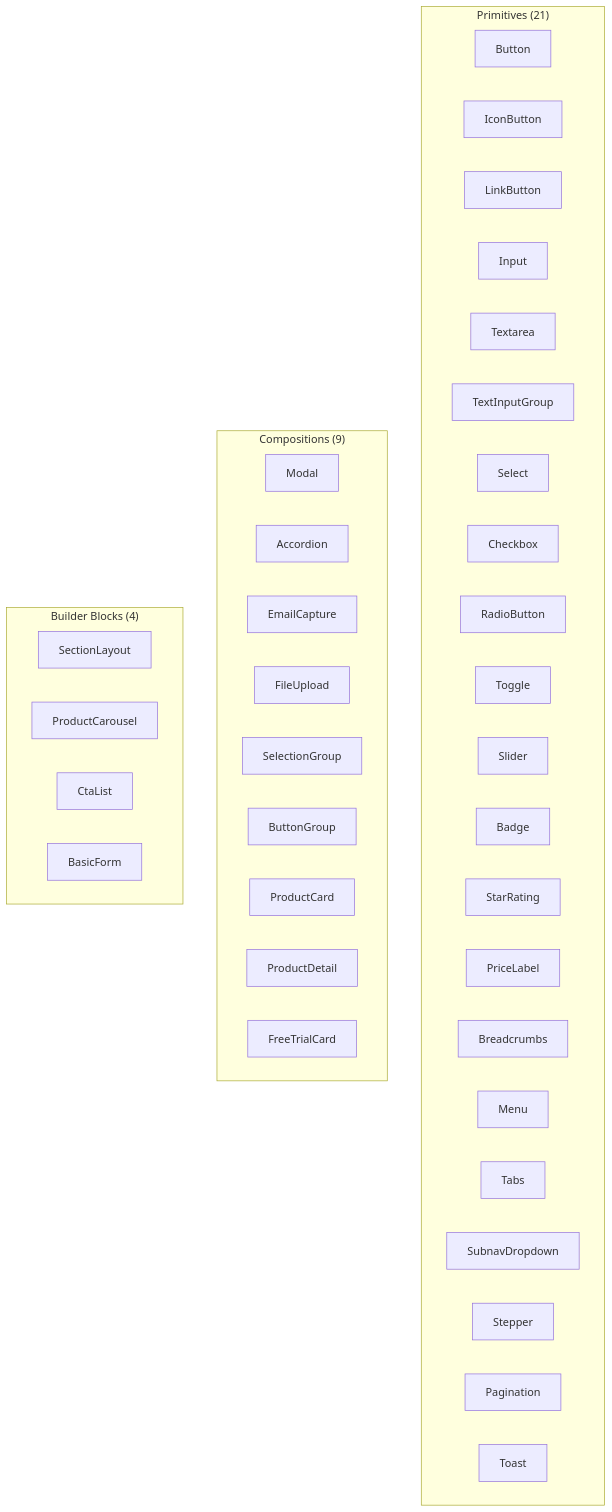
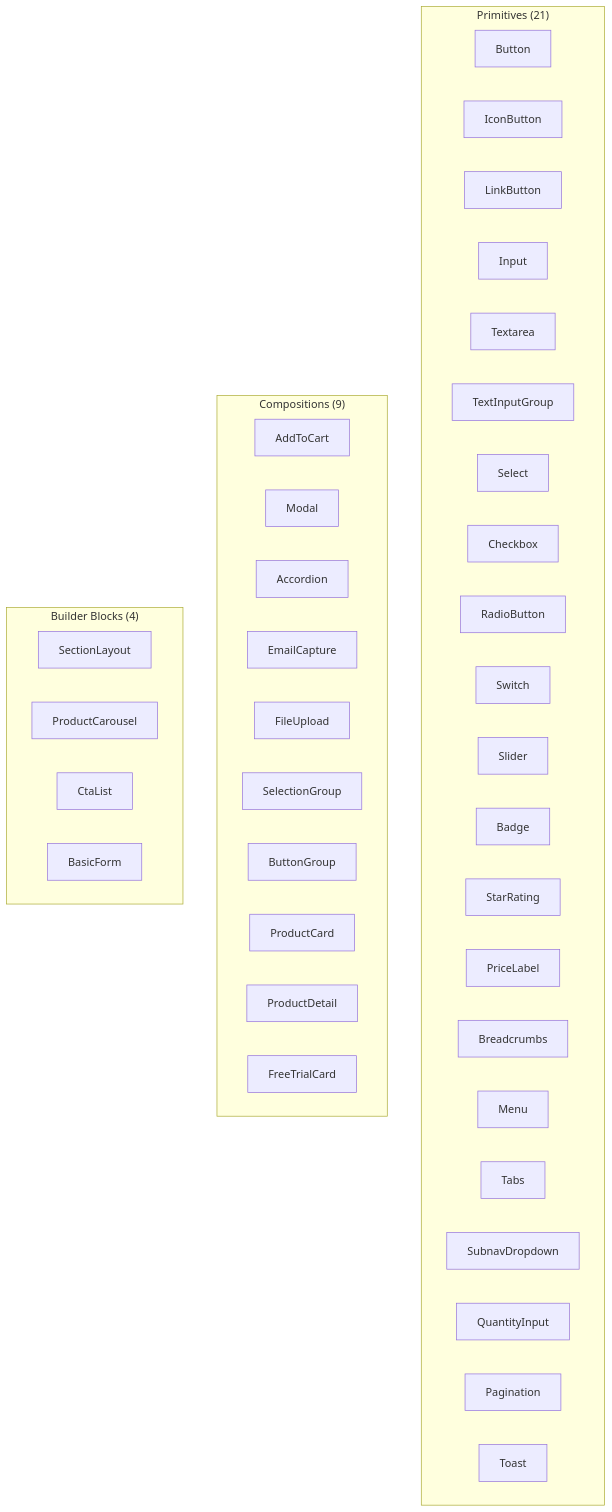
Before and after one commit to calebn/design-system-theme-evolution: the first of 2 diagrams in inventory/docs/08-taxonomy.md, drawn with Mermaid. The commit also changed other lines of this file and 12 other files, not shown here.

Commit message:
Rename Toggle to Switch, split Stepper into QuantityInput and AddToCart, fix LinkButton to render as <a>.

````diff
--- a/inventory/docs/08-taxonomy.md
+++ b/inventory/docs/08-taxonomy.md
@@ -17,43 +17,44 @@
 ```mermaid
 graph TD
   subgraph primitives ["Primitives (21)"]
     Button["Button"]
     IconButton["IconButton"]
     LinkButton["LinkButton"]
     Input["Input"]
     Textarea["Textarea"]
     TextInputGroup["TextInputGroup"]
     Select["Select"]
     Checkbox["Checkbox"]
     RadioButton["RadioButton"]
-    Toggle["Toggle"]
+    Switch["Switch"]
     Slider["Slider"]
     Badge["Badge"]
     StarRating["StarRating"]
     PriceLabel["PriceLabel"]
     Breadcrumbs["Breadcrumbs"]
     Menu["Menu"]
     Tabs["Tabs"]
     SubnavDropdown["SubnavDropdown"]
-    Stepper["Stepper"]
+    QuantityInput["QuantityInput"]
     Pagination["Pagination"]
     Toast["Toast"]
   end
   subgraph compositions ["Compositions (9)"]
+    AddToCart["AddToCart"]
     Modal["Modal"]
     Accordion["Accordion"]
     EmailCapture["EmailCapture"]
     FileUpload["FileUpload"]
     SelectionGroup["SelectionGroup"]
     ButtonGroup["ButtonGroup"]
     ProductCard["ProductCard"]
     ProductDetail["ProductDetail"]
     FreeTrialCard["FreeTrialCard"]
   end
   subgraph builderBlocks ["Builder Blocks (4)"]
     SectionLayout["SectionLayout"]
     ProductCarousel["ProductCarousel"]
     CtaList["CtaList"]
     BasicForm["BasicForm"]
   end
 ```
````
